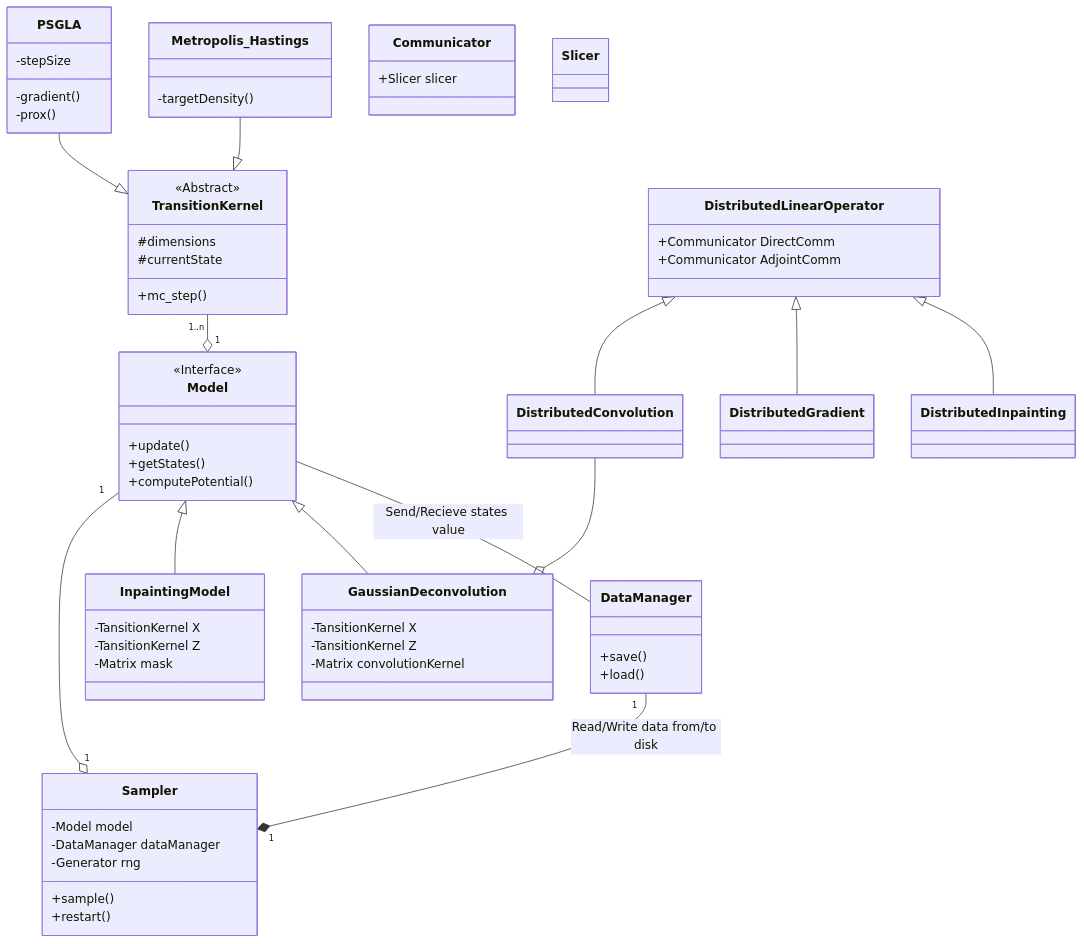
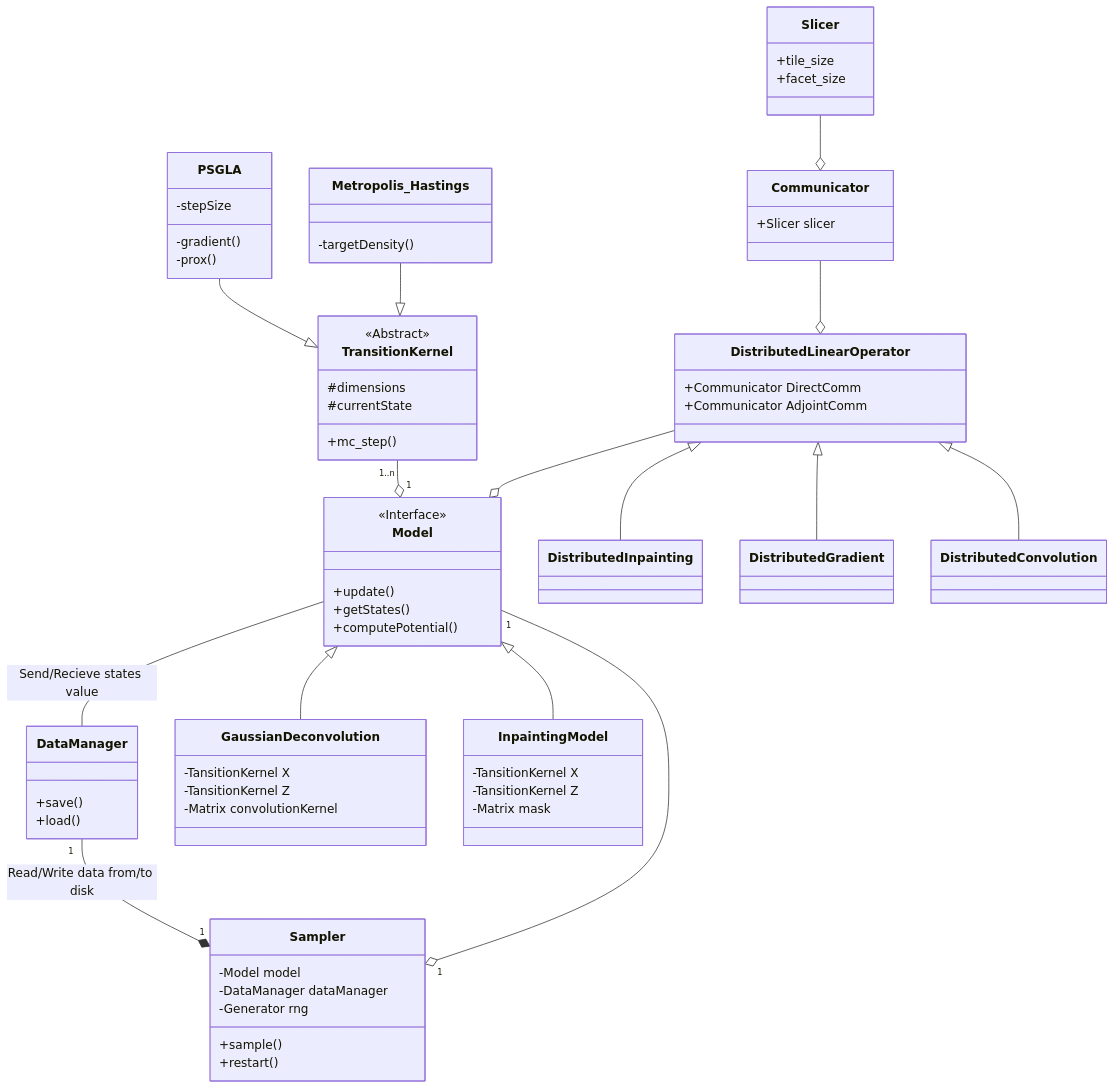
Before and after one commit to maxime-bouton/cards: the diagram in UML/Distributed.md, drawn with Mermaid. The commit also changed 1 other file, not shown here.

Commit message:
Qwick Fix

```diff
--- a/UML/Distributed.md
+++ b/UML/Distributed.md
@@ -35,6 +35,8 @@
     }
 
     class Slicer{
+    +tile_size
+    +facet_size
     }
 
     class Model{
@@ -76,12 +78,17 @@
     Model "1" --o "1" Sampler
     Model <|-- InpaintingModel
     Model <|-- GaussianDeconvolution
+
+    Slicer --o Communicator
+    Communicator --o DistributedLinearOperator
     
 
     DistributedLinearOperator <| -- DistributedConvolution
     DistributedLinearOperator <| -- DistributedGradient
     DistributedLinearOperator <| -- DistributedInpainting
-    DistributedConvolution --o GaussianDeconvolution
+
+    DistributedLinearOperator --o Model
+    
 
     TransitionKernel "1..n" --o "1" Model
     
```
